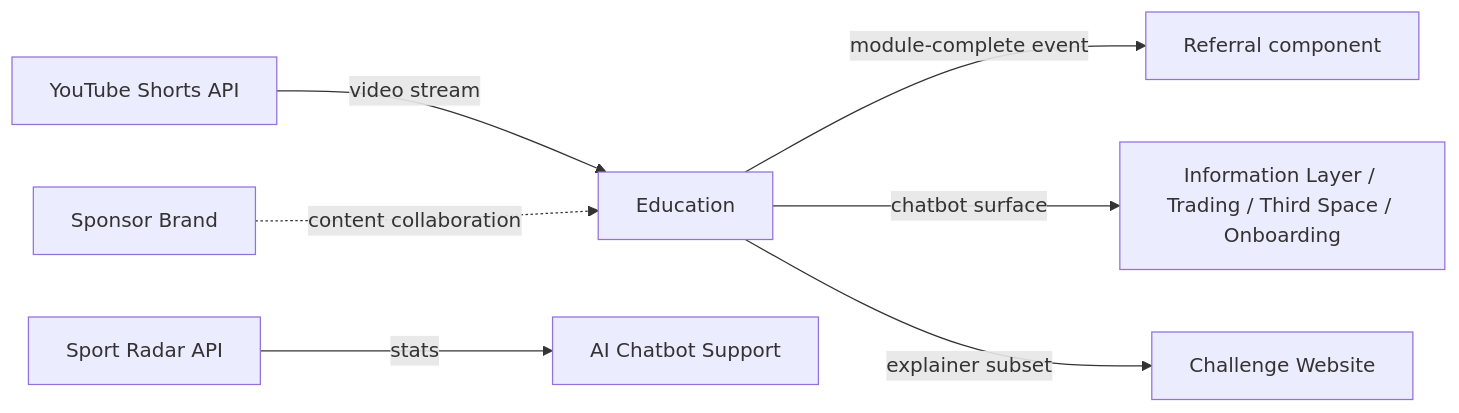
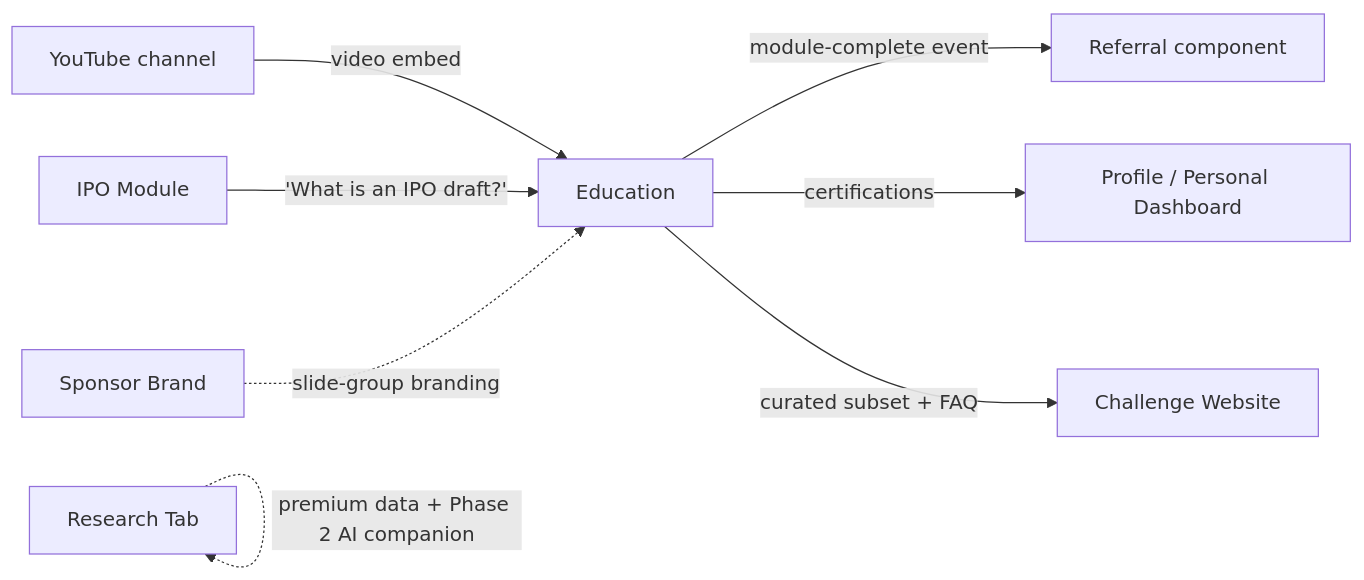
Before and after one commit to Novosapien/inplay-vault: the second of 2 diagrams in vault/components/education/education.md, drawn with Mermaid. The commit also changed other lines of this file and 4 other files, not shown here.

````diff
--- a/vault/components/education/education.md
+++ b/vault/components/education/education.md
@@ -331,9 +354,10 @@
 ```mermaid
 graph LR
     Education -- module-complete event --> Referral[Referral component]
-    YouTube[YouTube Shorts API] -- video stream --> Education
-    SportRadar[Sport Radar API] -- stats --> Chatbot[AI Chatbot Support]
-    Education -- chatbot surface --> AcrossApp[Information Layer / Trading / Third Space / Onboarding]
-    Education -- explainer subset --> ChallengeWeb[Challenge Website]
-    Sponsor[Sponsor Brand] -. content collaboration .-> Education
+    YouTube[YouTube channel] -- video embed --> Education
+    Education -- certifications --> Profile[Profile / Personal Dashboard]
+    Education -- curated subset + FAQ --> ChallengeWeb[Challenge Website]
+    IPO[IPO Module] -- 'What is an IPO draft?' --> Education
+    Sponsor[Sponsor Brand] -. slide-group branding .-> Education
+    Research[Research Tab] -. premium data + Phase 2 AI companion .-> Research
 ```
````
